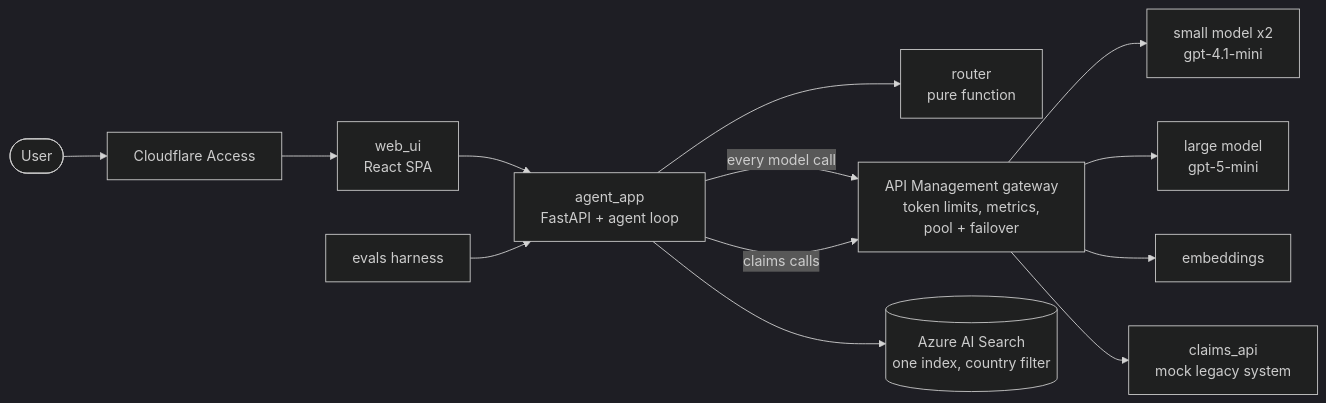
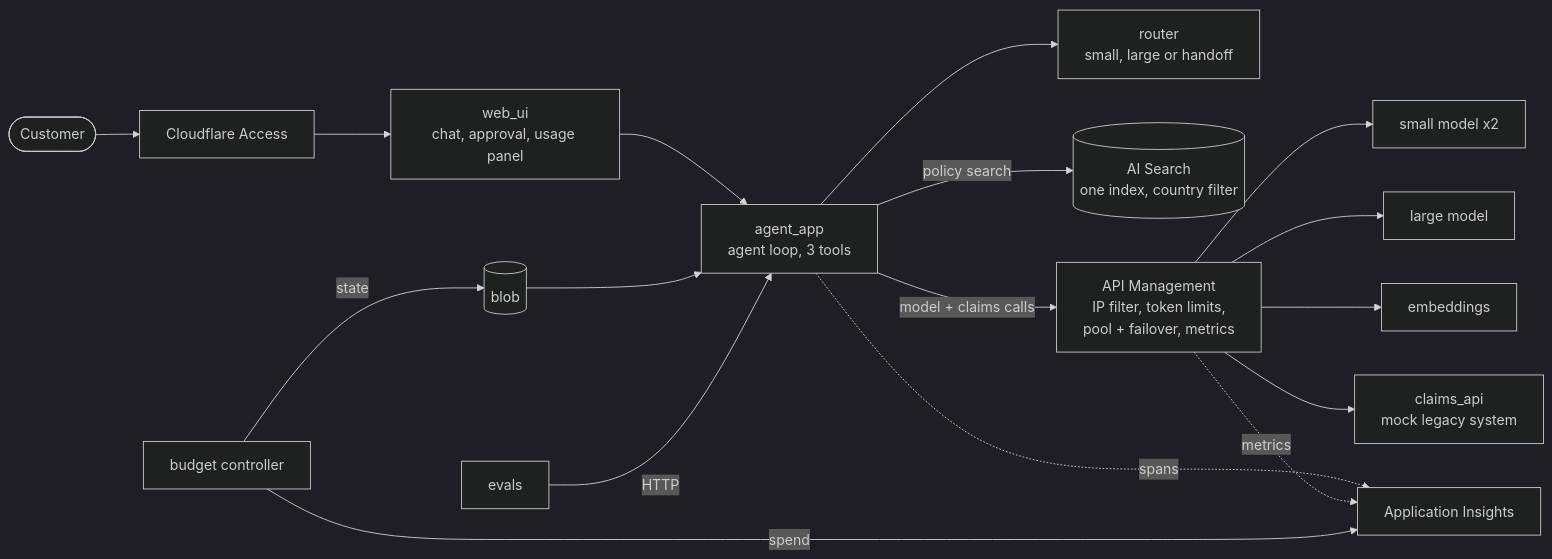
The diagram in README.md (keithics/ai-claims-assistant), drawn with Mermaid (dark theme) before and after one commit. The commit also changed other lines of this file, not shown here.

````diff
--- a/README.md
+++ b/README.md
@@ -11,14 +86,19 @@
 ```mermaid
 flowchart LR
-    user([User]) --> cf[Cloudflare Access]
-    cf --> ui[web_ui<br/>React SPA]
-    ui --> agent[agent_app<br/>FastAPI + agent loop]
-    agent --> router[router<br/>pure function]
-    agent -->|every model call| apim[API Management gateway<br/>token limits, metrics,<br/>pool + failover]
-    apim --> small[small model x2<br/>gpt-4.1-mini]
-    apim --> large[large model<br/>gpt-5-mini]
-    apim --> emb[embeddings]
-    agent --> search[(Azure AI Search<br/>one index, country filter)]
-    agent -->|claims calls| apim --> claims[claims_api<br/>mock legacy system]
-    evals[evals harness] --> agent
+    user([Customer]) --> cf[Cloudflare Access]
+    cf --> ui[web_ui<br/>chat, approval, usage panel]
+    ui --> agent[agent_app<br/>agent loop, 3 tools]
+    agent --> route[router<br/>small, large or handoff]
+    agent -->|policy search| search[(AI Search<br/>one index, country filter)]
+    agent -->|model + claims calls| gw[API Management<br/>IP filter, token limits,<br/>pool + failover, metrics]
+    gw --> small[small model x2]
+    gw --> large[large model]
+    gw --> emb[embeddings]
+    gw --> claims[claims_api<br/>mock legacy system]
+    agent -.spans.-> ai[Application Insights]
+    gw -.metrics.-> ai
+    fn[budget controller] -->|spend| ai
+    fn -->|state| blob[(blob)]
+    blob --> agent
+    evals[evals] -->|HTTP| agent
 ```
````
